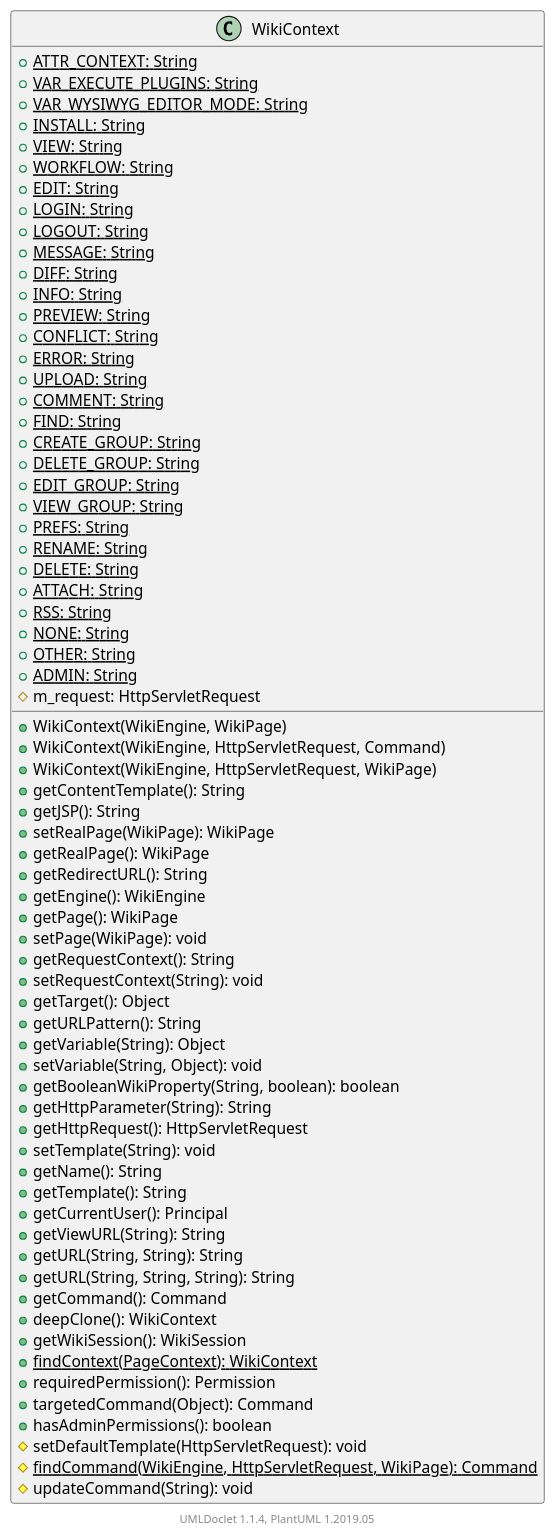
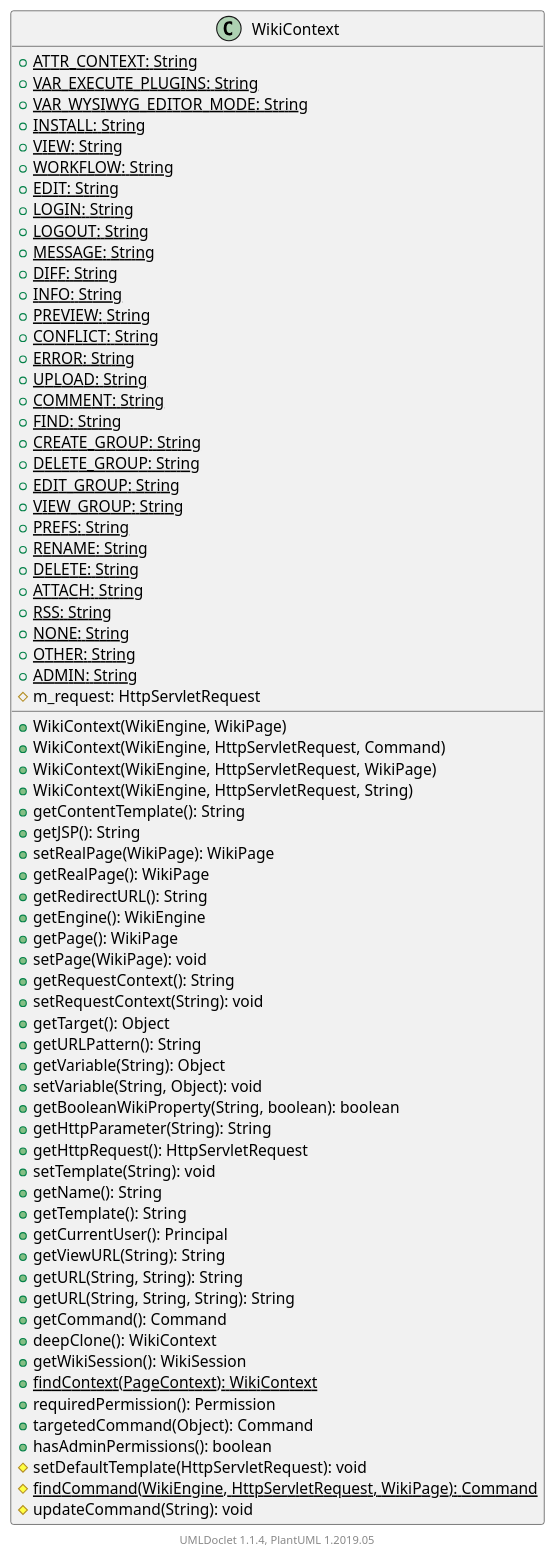
The diagram in apidocs/2.11.0.M7-SNAPSHOT/org/apache/wiki/WikiContext.puml (apache/jspwiki-site), drawn with PlantUML before and after one commit. The commit also changed 1701 other files, not shown here.

```diff
--- a/apidocs/2.11.0.M7-SNAPSHOT/org/apache/wiki/WikiContext.puml
+++ b/apidocs/2.11.0.M7-SNAPSHOT/org/apache/wiki/WikiContext.puml
@@ -1,76 +1,77 @@
 @startuml
 
     class WikiContext [[WikiContext.html]] {
         {static} +ATTR_CONTEXT: String
         {static} +VAR_EXECUTE_PLUGINS: String
         {static} +VAR_WYSIWYG_EDITOR_MODE: String
         {static} +INSTALL: String
         {static} +VIEW: String
         {static} +WORKFLOW: String
         {static} +EDIT: String
         {static} +LOGIN: String
         {static} +LOGOUT: String
         {static} +MESSAGE: String
         {static} +DIFF: String
         {static} +INFO: String
         {static} +PREVIEW: String
         {static} +CONFLICT: String
         {static} +ERROR: String
         {static} +UPLOAD: String
         {static} +COMMENT: String
         {static} +FIND: String
         {static} +CREATE_GROUP: String
         {static} +DELETE_GROUP: String
         {static} +EDIT_GROUP: String
         {static} +VIEW_GROUP: String
         {static} +PREFS: String
         {static} +RENAME: String
         {static} +DELETE: String
         {static} +ATTACH: String
         {static} +RSS: String
         {static} +NONE: String
         {static} +OTHER: String
         {static} +ADMIN: String
         #m_request: HttpServletRequest
         +WikiContext(WikiEngine, WikiPage)
         +WikiContext(WikiEngine, HttpServletRequest, Command)
         +WikiContext(WikiEngine, HttpServletRequest, WikiPage)
+        +WikiContext(WikiEngine, HttpServletRequest, String)
         +getContentTemplate(): String
         +getJSP(): String
         +setRealPage(WikiPage): WikiPage
         +getRealPage(): WikiPage
         +getRedirectURL(): String
         +getEngine(): WikiEngine
         +getPage(): WikiPage
         +setPage(WikiPage): void
         +getRequestContext(): String
         +setRequestContext(String): void
         +getTarget(): Object
         +getURLPattern(): String
         +getVariable(String): Object
         +setVariable(String, Object): void
         +getBooleanWikiProperty(String, boolean): boolean
         +getHttpParameter(String): String
         +getHttpRequest(): HttpServletRequest
         +setTemplate(String): void
         +getName(): String
         +getTemplate(): String
         +getCurrentUser(): Principal
         +getViewURL(String): String
         +getURL(String, String): String
         +getURL(String, String, String): String
         +getCommand(): Command
         +deepClone(): WikiContext
         +getWikiSession(): WikiSession
         {static} +findContext(PageContext): WikiContext
         +requiredPermission(): Permission
         +targetedCommand(Object): Command
         +hasAdminPermissions(): boolean
         #setDefaultTemplate(HttpServletRequest): void
         {static} #findCommand(WikiEngine, HttpServletRequest, WikiPage): Command
         #updateCommand(String): void
     }
 
 
     center footer UMLDoclet 1.1.4, PlantUML 1.2019.05
 @enduml
```
